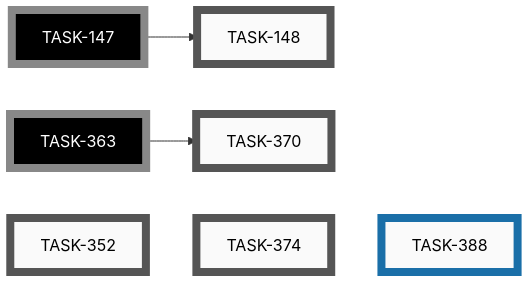
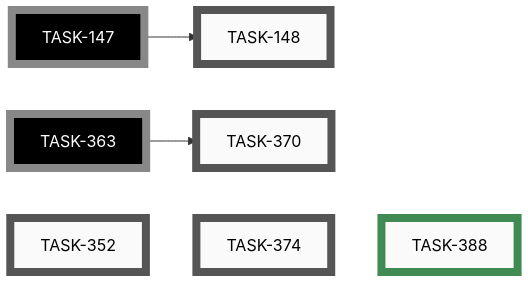
Before and after one commit to tgd1975/AwesomeGuitarPedal: diagram 11 of 11 in docs/developers/tasks/EPICS.md, drawn with Mermaid. The commit also changed other lines of this file and 3 other files, not shown here.

Commit message:
close TASK-388: Fix nodemcu-32s-test PlatformIO env so on-device button tests build

````diff
--- a/docs/developers/tasks/EPICS.md
+++ b/docs/developers/tasks/EPICS.md
@@ -395,26 +395,26 @@
 ```mermaid
 graph LR
     TASK_148["TASK-148"]:::open
     TASK_352["TASK-352"]:::open
     TASK_370["TASK-370"]:::open
     TASK_374["TASK-374"]:::open
-    TASK_388["TASK-388"]:::active
+    TASK_388["TASK-388"]:::closed
     TASK_147["TASK-147"]:::openExt
     TASK_363["TASK-363"]:::openExt
     TASK_147 --> TASK_148
     TASK_363 --> TASK_370
     TASK_352 ~~~ TASK_374 ~~~ TASK_388
     click TASK_148 "open/task-148-reorganise-developer-documentation.md"
     click TASK_352 "open/task-352-investigate-pre-commit-hook-latency.md"
     click TASK_370 "open/task-370-make-schemdraw-svgs-deterministic.md"
     click TASK_374 "open/task-374-make-release-yml-tolerate-locally-archived-closed-tasks.md"
-    click TASK_388 "active/task-388-fix-nodemcu-32s-test-pio-env-so-on-device-button-tests-build.md"
+    click TASK_388 "closed/task-388-fix-nodemcu-32s-test-pio-env-so-on-device-button-tests-build.md"
     classDef open    fill:#FAFAFA,stroke:#555,stroke-width:8px,color:#000
     classDef active  fill:#FAFAFA,stroke:#1A6FA8,stroke-width:8px,color:#000
     classDef closed  fill:#FAFAFA,stroke:#3F8B53,stroke-width:8px,color:#000
     classDef paused  fill:#FAFAFA,stroke:#B07810,stroke-width:8px,color:#000
     classDef openExt    fill:#000,stroke:#888,stroke-width:8px,color:#FFF
     classDef activeExt  fill:#000,stroke:#3FA9F5,stroke-width:8px,color:#FFF
     classDef closedExt  fill:#000,stroke:#7CC68A,stroke-width:8px,color:#FFF
     classDef pausedExt  fill:#000,stroke:#F0B030,stroke-width:8px,color:#FFF
 ```
````
